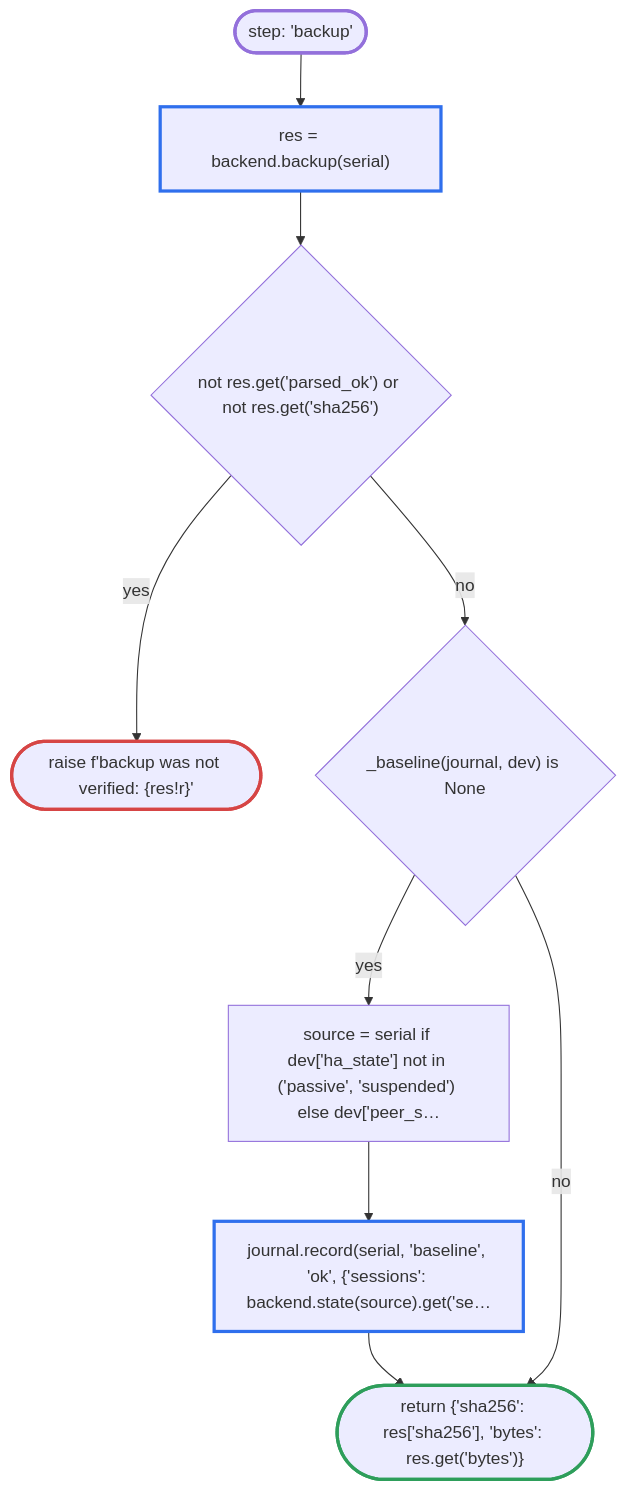
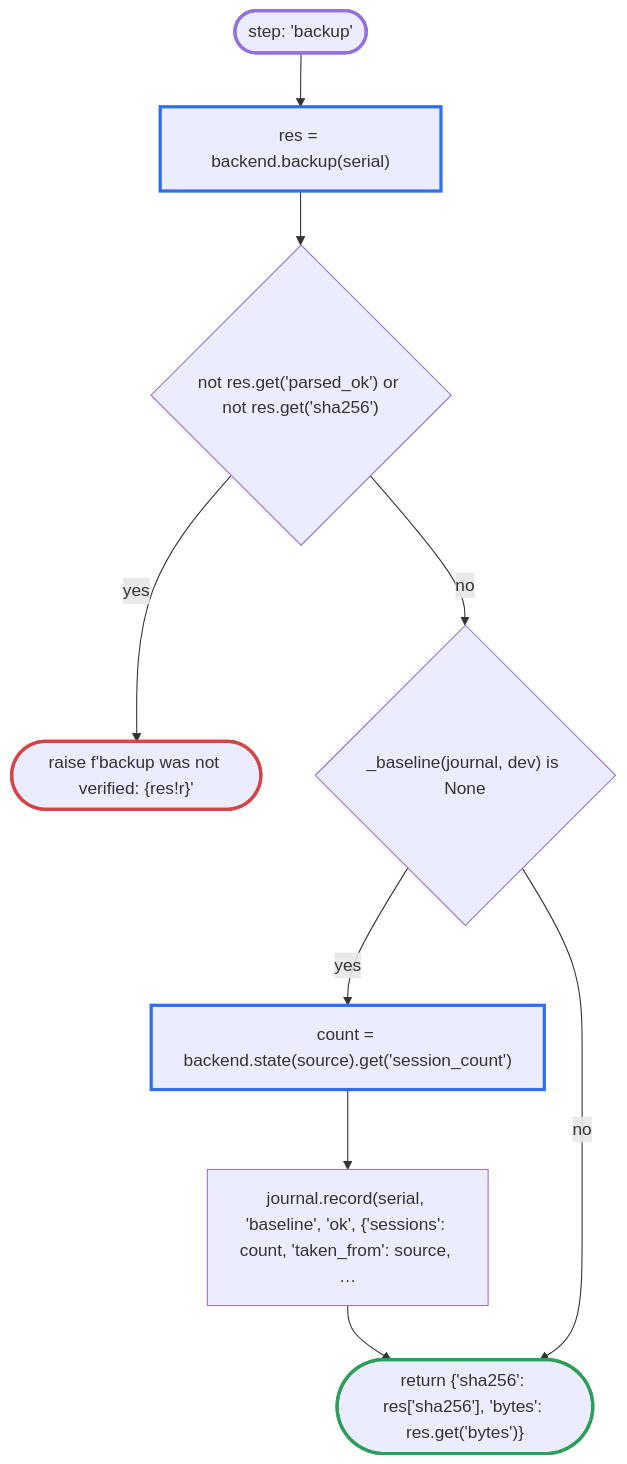
The eighth of 22 diagrams in docs/flow/upgrade.md (fettigcj/panUpgrade), drawn with Mermaid before and after one commit. The commit also changed other lines of this file and 5 other files, not shown here.

Commit message:
prepare: count passive pair members in the outcome; download/install timeouts 1800s

````diff
--- a/docs/flow/upgrade.md
+++ b/docs/flow/upgrade.md
@@ -319,29 +319,29 @@
 ```mermaid
 flowchart TD
     d2_1(["step: 'backup'"])
     d2_2["res = backend.backup(serial)"]
     d2_3{"not res.get('parsed_ok') or not res.get('sha256')"}
     d2_4(["raise f'backup was not verified: {res!r}'"])
     d2_5{"_baseline(journal, dev) is None"}
-    d2_6["source = serial if dev['ha_state'] not in ('passive', 'suspended') else dev['peer_s…"]
-    d2_7["journal.record(serial, 'baseline', 'ok', {'sessions': backend.state(source).get('se…"]
+    d2_6["count = backend.state(source).get('session_count')"]
+    d2_7["journal.record(serial, 'baseline', 'ok', {'sessions': count, 'taken_from': source, …"]
     d2_8(["return {'sha256': res['sha256'], 'bytes': res.get('bytes')}"])
     d2_1 --> d2_2
     d2_2 --> d2_3
     d2_3 -->|yes| d2_4
     d2_3 -->|no| d2_5
     d2_5 -->|yes| d2_6
     d2_6 --> d2_7
     d2_7 --> d2_8
     d2_5 -->|no| d2_8
     classDef api stroke:#2f6fed,stroke-width:3px
     classDef refuse stroke:#d64545,stroke-width:3px
     classDef done stroke:#2e9e5b,stroke-width:3px
     classDef step stroke:#e0a020,stroke-width:3px
     classDef entry stroke-width:3px
     class d2_1 entry
     class d2_2 api
     class d2_4 refuse
-    class d2_7 api
+    class d2_6 api
     class d2_8 done
 ```
````
